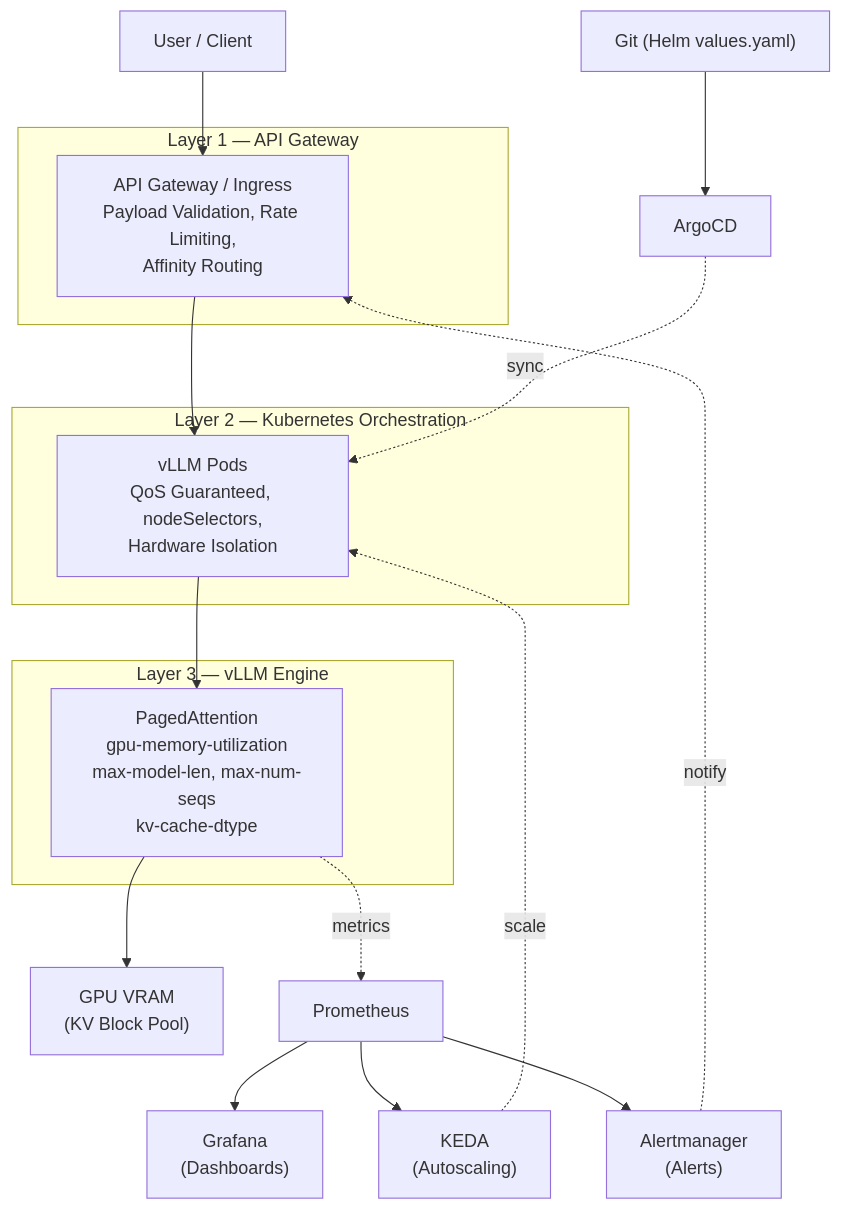
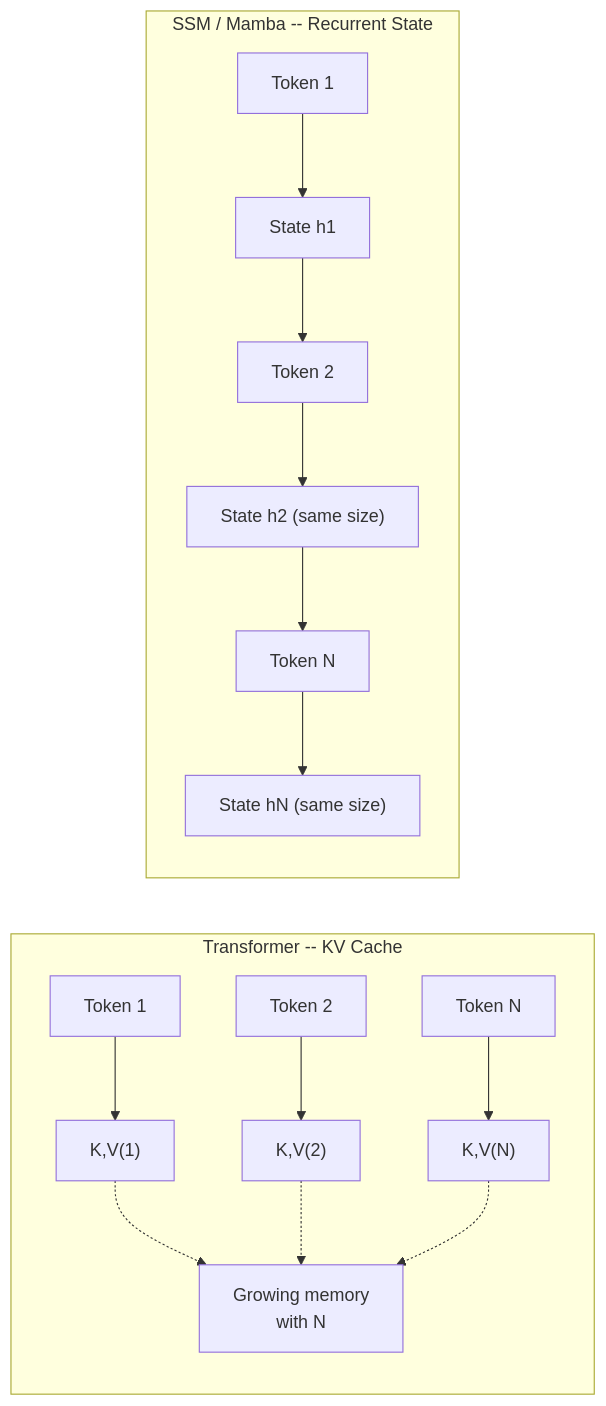
Before and after one commit to ADORSYS-GIS/Custom-Ai-Ops: the fifth of 8 diagrams in docs/explain/kv-cache.md, drawn with Mermaid. The commit also changed other lines of this file and 25 other files, not shown here.

````diff
--- a/docs/explain/kv-cache.md
+++ b/docs/explain/kv-cache.md
@@ -109,32 +251,18 @@
 ```mermaid
-flowchart TB
-    U["User / Client"] --> GW
-
-    subgraph L1["Layer 1 — API Gateway"]
-        GW["API Gateway / Ingress\nPayload Validation, Rate Limiting,\nAffinity Routing"]
+flowchart LR
+    subgraph Transformer["Transformer -- KV Cache"]
+        T1["Token 1"] --> TK1["K,V(1)"]
+        T2["Token 2"] --> TK2["K,V(2)"]
+        T3["Token N"] --> TK3["K,V(N)"]
+        TK1 -.-> STORE["Growing memory\nwith N"]
+        TK2 -.-> STORE
+        TK3 -.-> STORE
     end
-
-    GW --> K8S
-
-    subgraph L2["Layer 2 — Kubernetes Orchestration"]
-        K8S["vLLM Pods\nQoS Guaranteed, nodeSelectors,\nHardware Isolation"]
+    subgraph SSM["SSM / Mamba -- Recurrent State"]
+        S1["Token 1"] --> H1["State h1"]
+        H1 --> S2["Token 2"]
+        S2 --> H2["State h2 (same size)"]
+        H2 --> S3["Token N"]
+        S3 --> H3["State hN (same size)"]
     end
-
-    K8S --> VLLM
-
-    subgraph L3["Layer 3 — vLLM Engine"]
-        VLLM["PagedAttention\ngpu-memory-utilization\nmax-model-len, max-num-seqs\nkv-cache-dtype"]
-    end
-
-    VLLM --> GPU["GPU VRAM\n(KV Block Pool)"]
-
-    VLLM -.metrics.-> PROM["Prometheus"]
-    PROM --> GRAF["Grafana\n(Dashboards)"]
-    PROM --> KEDA["KEDA\n(Autoscaling)"]
-    PROM --> ALERT["Alertmanager\n(Alerts)"]
-    KEDA -.scale.-> K8S
-    ALERT -.notify.-> GW
-
-    GIT["Git (Helm values.yaml)"] --> ARGO["ArgoCD"]
-    ARGO -.sync.-> K8S
 ```
````
